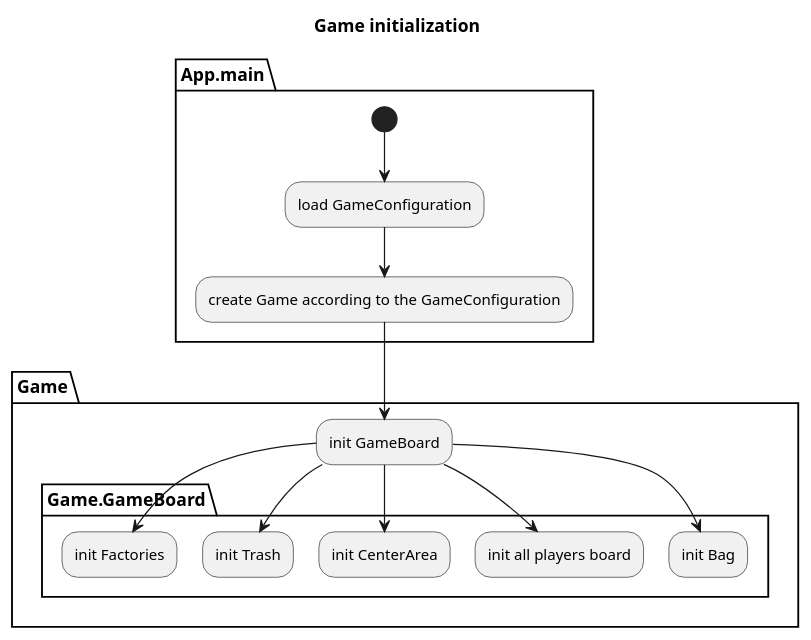
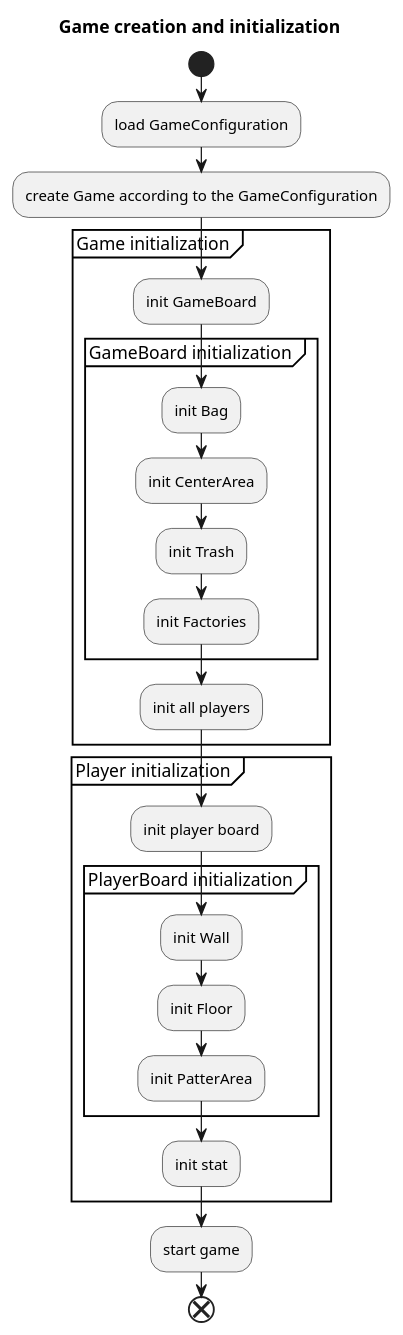
The diagram in gameInit.puml (nsouff/Azul), drawn with PlantUML before and after one commit. The commit also changed 1 other file, not shown here.

Commit message:
linearized game initialization

```diff
--- a/gameInit.puml
+++ b/gameInit.puml
@@ -1,21 +1,32 @@
 @startuml
-title Game initialization
-partition App.main {
-	(*) --> "load GameConfiguration"
-	--> "create Game according to the GameConfiguration" as createG
-	'	--> "start Game"
+title Game creation and initialization
+
+start
+:load GameConfiguration;
+:create Game according to the GameConfiguration;
+
+
+partition "Game initialization " {
+	:init GameBoard;
+	partition "GameBoard initialization " {
+		:init Bag;
+		:init CenterArea;
+		:init Trash;
+		:init Factories;
+	}
+	:init all players;
+}
+		
+partition "Player initialization " {
+	:init player board;	
+	partition "PlayerBoard initialization " { 
+		:init Wall;
+		:init Floor;
+		:init PatterArea;
+	}
+	:init stat;		
 }
 
-partition Game {
-	createG -->"init GameBoard" as initGB
-	
-	partition Game.GameBoard {
-		initGB --> "init Bag"
-		initGB --> "init all players board"
-		initGB --> "init CenterArea"
-		initGB --> "init Trash"
-		initGB --> "init Factories"	
-		}		
-}
-	
+:start game;
+end		
 @enduml
```
